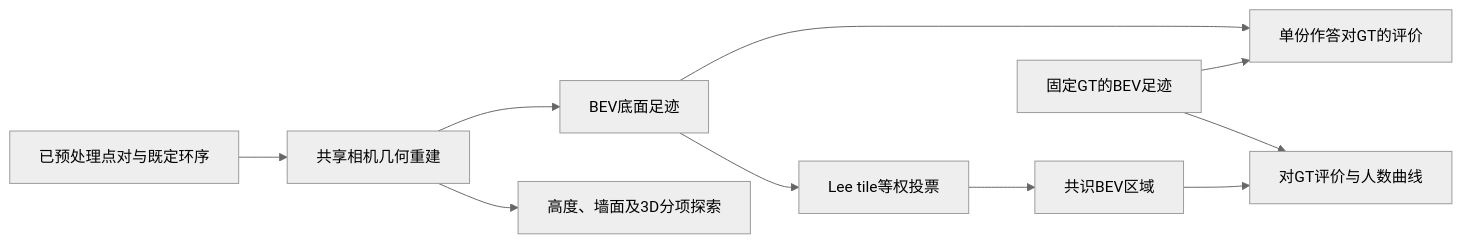
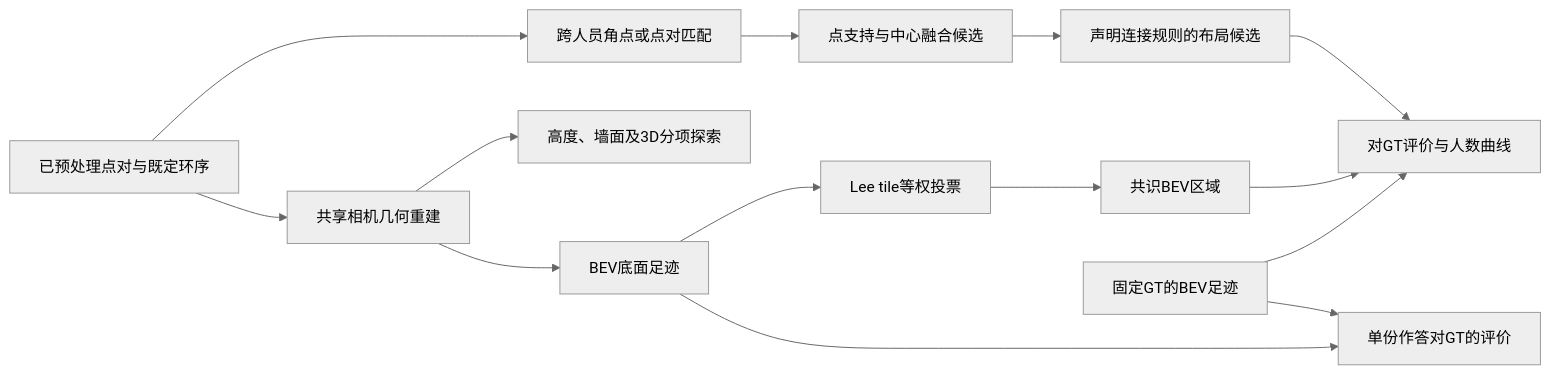
Before and after one commit to Sparkling-Flames/3D_Manhattan_label: the diagram in docs/thesis_main/研究方向_空间差异与共识_20260930.md, drawn with Mermaid (neutral theme). The commit also changed other lines of this file and 6 other files, not shown here.

````diff
--- a/docs/thesis_main/研究方向_空间差异与共识_20260930.md
+++ b/docs/thesis_main/研究方向_空间差异与共识_20260930.md
@@ -15,12 +17,16 @@
 ```mermaid
 flowchart LR
     P[已预处理点对与既定环序] --> G[共享相机几何重建]
     G --> B[BEV底面足迹]
     B --> Q[单份作答对GT的评价]
     B --> T[Lee tile等权投票]
     T --> C[共识BEV区域]
     C --> E[对GT评价与人数曲线]
+    P --> M[跨人员角点或点对匹配]
+    M --> F[点支持与中心融合候选]
+    F --> J[声明连接规则的布局候选]
+    J --> E
     R[固定GT的BEV足迹] --> Q
     R --> E
     G --> H[高度、墙面及3D分项探索]
 ```
````
